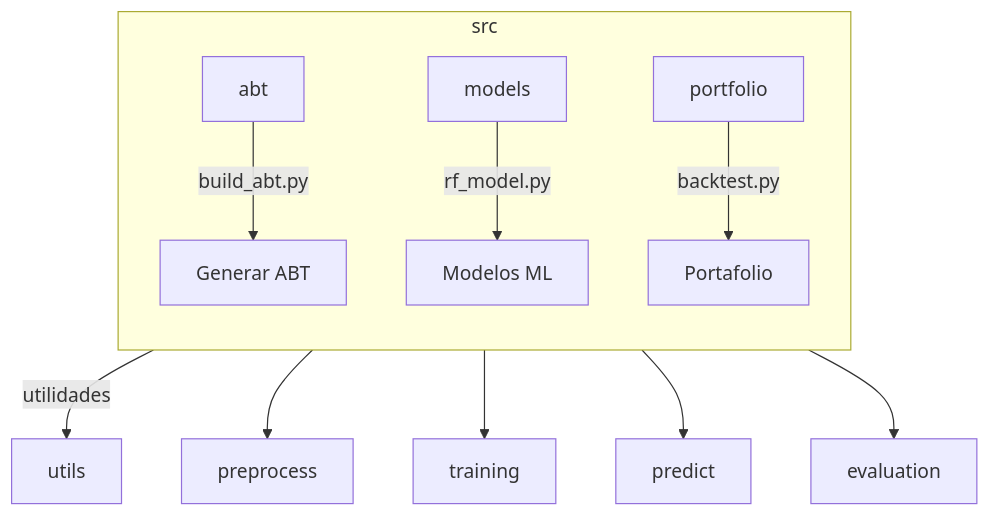
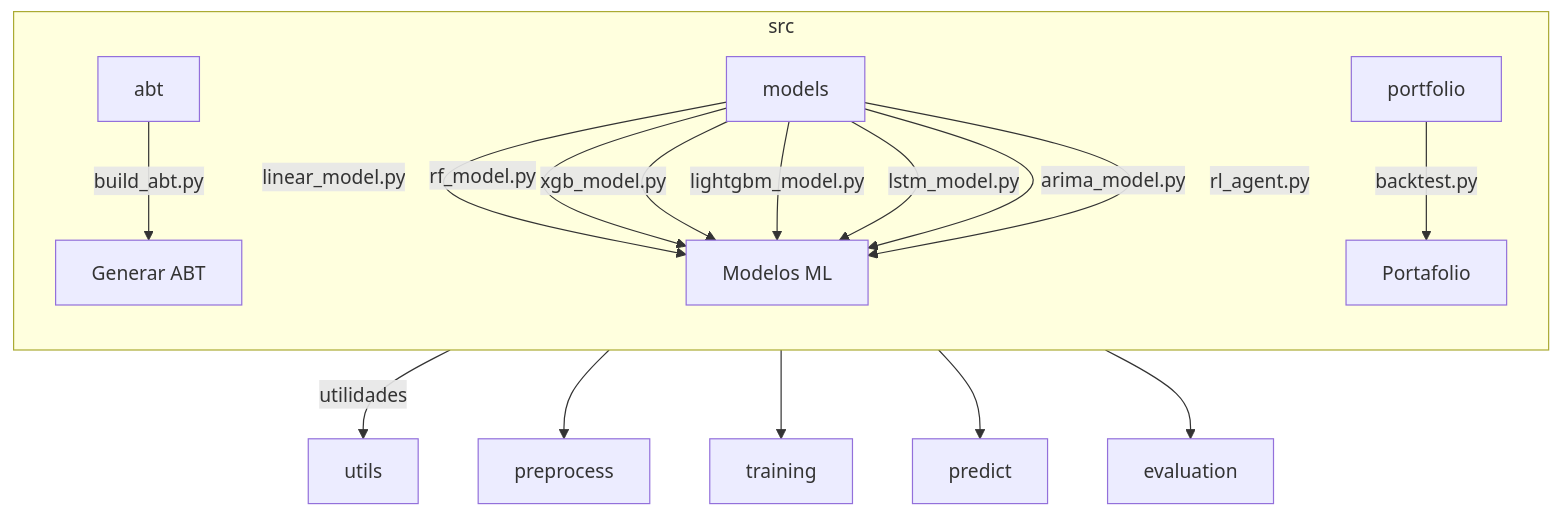
The second of 4 diagrams in README.md (jcval94/yahoo), drawn with Mermaid before and after one commit. The commit also changed other lines of this file and 9 other files, not shown here.

Commit message:
docs: include rl agent in diagrams

````diff
--- a/README.md
+++ b/README.md
@@ -57,14 +62,20 @@
 ```mermaid
 flowchart TB
     subgraph src
       direction TB
       A1[abt] -- build_abt.py --> A2[Generar ABT]
-      B1[models] -- rf_model.py --> B2[Modelos ML]
+      B1[models] -- linear_model.py --> B2[Modelos ML]
+      B1 -- rf_model.py --> B2
+      B1 -- xgb_model.py --> B2
+      B1 -- lightgbm_model.py --> B2
+      B1 -- lstm_model.py --> B2
+      B1 -- arima_model.py --> B2
+      B1 -- rl_agent.py --> B2
       C1[portfolio] -- backtest.py --> C2[Portafolio]
     end
     src -->|utilidades| utils
     src --> preprocess
     src --> training
     src --> predict
     src --> evaluation
 ```
````
